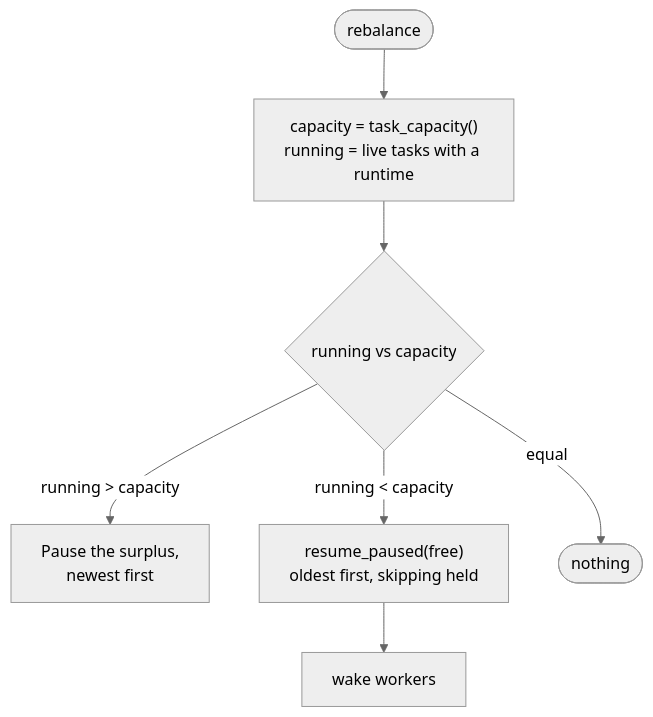
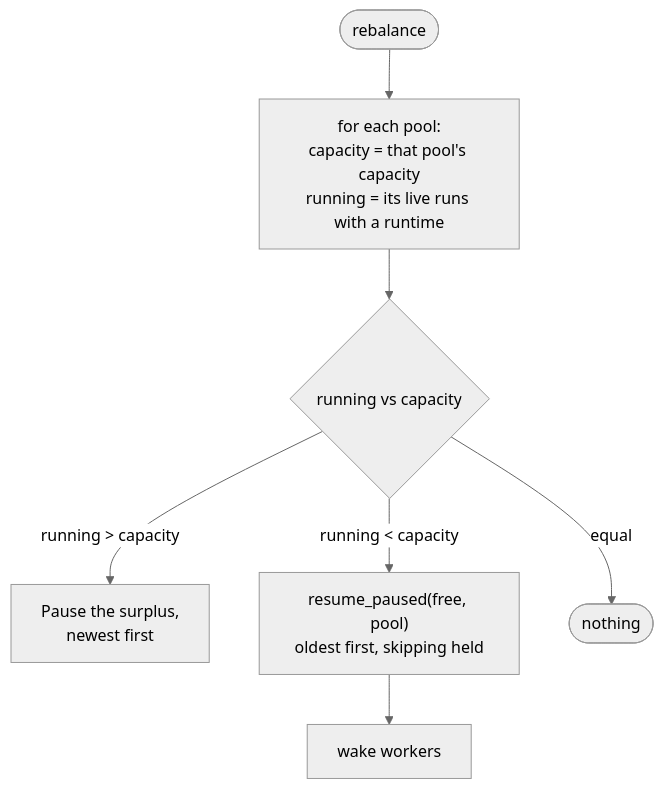
The fourth of 9 diagrams in design/02_task_lifecycle.md (radubools/dex), drawn with Mermaid (neutral theme) before and after one commit. The commit also changed other lines of this file and 674 other files, not shown here.

````diff
--- a/design/02_task_lifecycle.md
+++ b/design/02_task_lifecycle.md
@@ -205,9 +230,9 @@
 ```mermaid
 flowchart TD
-    RB([rebalance]) --> CAP["capacity = task_capacity()<br/>running = live tasks with a runtime"]
+    RB([rebalance]) --> CAP["for each pool:<br/>capacity = that pool's capacity<br/>running = its live runs with a runtime"]
     CAP --> D{"running vs capacity"}
     D -- "running > capacity" --> P["Pause the surplus,<br/>newest first"]
-    D -- "running < capacity" --> Q["resume_paused(free)<br/>oldest first, skipping held"]
+    D -- "running < capacity" --> Q["resume_paused(free, pool)<br/>oldest first, skipping held"]
     Q --> W["wake workers"]
     D -- equal --> N([nothing])
 ```
````
